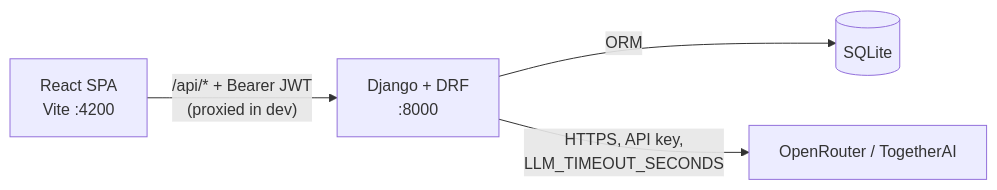
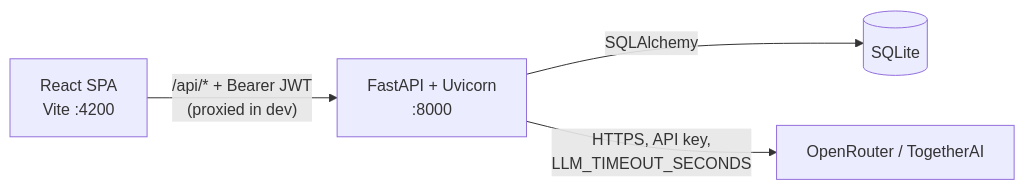
Before and after one commit to Fezzaioussama/AIMIx: the first of 4 diagrams in docs/architecture.md, drawn with Mermaid. The commit also changed other lines of this file and 87 other files, not shown here.

````diff
--- a/docs/architecture.md
+++ b/docs/architecture.md
@@ -5,6 +5,6 @@
 ```mermaid
 graph LR
-    Browser["React SPA<br/>Vite :4200"] -->|"/api/* + Bearer JWT<br/>(proxied in dev)"| Django["Django + DRF<br/>:8000"]
-    Django -->|ORM| DB[("SQLite")]
-    Django -->|"HTTPS, API key,<br/>LLM_TIMEOUT_SECONDS"| LLM["OpenRouter / TogetherAI"]
+    Browser["React SPA<br/>Vite :4200"] -->|"/api/* + Bearer JWT<br/>(proxied in dev)"| API["FastAPI + Uvicorn<br/>:8000"]
+    API -->|SQLAlchemy| DB[("SQLite")]
+    API -->|"HTTPS, API key,<br/>LLM_TIMEOUT_SECONDS"| LLM["OpenRouter / TogetherAI"]
 ```
````
